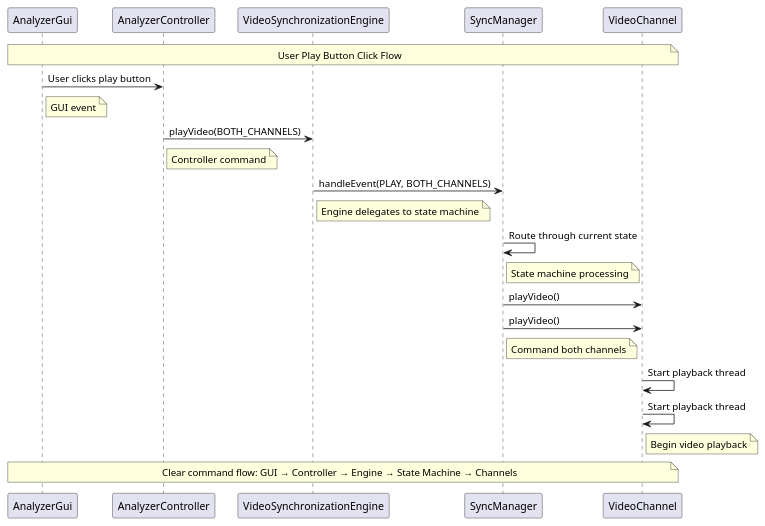
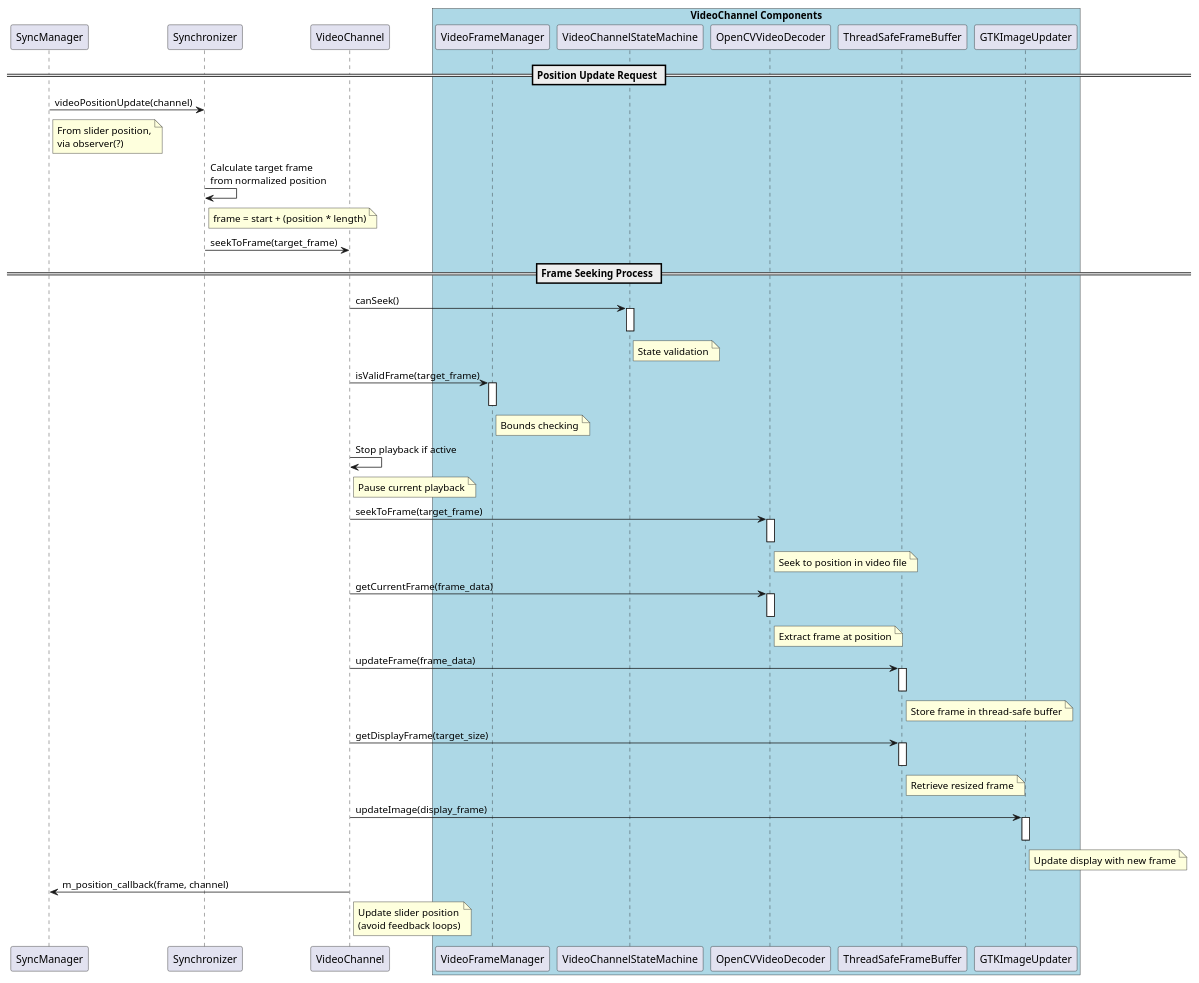
Before and after one commit to timwalsh41/SwingAnalyzer: the fourth of 4 diagrams in design/Video synchronization and playback.md, drawn with PlantUML. The commit also changed other lines of this file and 6 other files, not shown here.

Commit message:
Minor updates to video synchronization enginer, and fixed gap where AnalyzerController was not forwarded as an observer to SyncManager

````diff
--- a/design/Video synchronization and playback.md
+++ b/design/Video synchronization and playback.md
@@ -423,37 +450,75 @@
 ```plantuml
 
 @startuml
 
-participant "AnalyzerGui" as AG
-participant "AnalyzerController" as AC
-participant "VideoSynchronizationEngine" as VSE
 participant "SyncManager" as SM
+participant "Synchronizer" as SY
 participant "VideoChannel" as VC
+participant "VideoFrameManager" as VFM
+participant "VideoChannelStateMachine" as VSM
+participant "OpenCVVideoDecoder" as VD
+participant "ThreadSafeFrameBuffer" as TSF
+participant "GTKImageUpdater" as GUI
 
-note over AG, VC : User Play Button Click Flow
+box "VideoChannel Components" #LightBlue
+    participant VFM
+    participant VSM
+    participant VD
+    participant TSF
+    participant GUI
+end box
 
-AG -> AC : User clicks play button
-note right of AG : GUI event
+== Position Update Request ==
+SM -> SY : videoPositionUpdate(channel)
+note right of SM : From slider position,\nvia observer(?)
 
-AC -> VSE : playVideo(BOTH_CHANNELS)
-note right of AC : Controller command
+SY -> SY : Calculate target frame\nfrom normalized position
+note right of SY : frame = start + (position * length)
 
-VSE -> SM : handleEvent(PLAY, BOTH_CHANNELS)
-note right of VSE : Engine delegates to state machine
+SY -> VC : seekToFrame(target_frame)
 
-SM -> SM : Route through current state
-note right of SM : State machine processing
+== Frame Seeking Process ==
+VC -> VSM : canSeek()
+activate VSM
+note right of VSM : State validation
+deactivate VSM
 
-SM -> VC : playVideo()
-SM -> VC : playVideo()
-note right of SM : Command both channels
+VC -> VFM : isValidFrame(target_frame)
+activate VFM
+note right of VFM : Bounds checking
+deactivate VFM
 
-VC -> VC : Start playback thread
-VC -> VC : Start playback thread
-note right of VC : Begin video playback
+VC -> VC : Stop playback if active
+note right of VC : Pause current playback
 
-note over AG, VC : Clear command flow: GUI → Controller → Engine → State Machine → Channels
+VC -> VD : seekToFrame(target_frame)
+activate VD
+note right of VD : Seek to position in video file
+deactivate VD
+
+VC -> VD : getCurrentFrame(frame_data)
+activate VD
+note right of VD : Extract frame at position
+deactivate VD
+
+VC -> TSF : updateFrame(frame_data)
+activate TSF
+note right of TSF : Store frame in thread-safe buffer
+deactivate TSF
+
+VC -> TSF : getDisplayFrame(target_size)
+activate TSF
+note right of TSF : Retrieve resized frame
+deactivate TSF
+
+VC -> GUI : updateImage(display_frame)
+activate GUI
+note right of GUI : Update display with new frame
+deactivate GUI
+
+VC -> SM : m_position_callback(frame, channel)
+note right of VC : Update slider position\n(avoid feedback loops)
 
 @enduml
 
 ```
````
